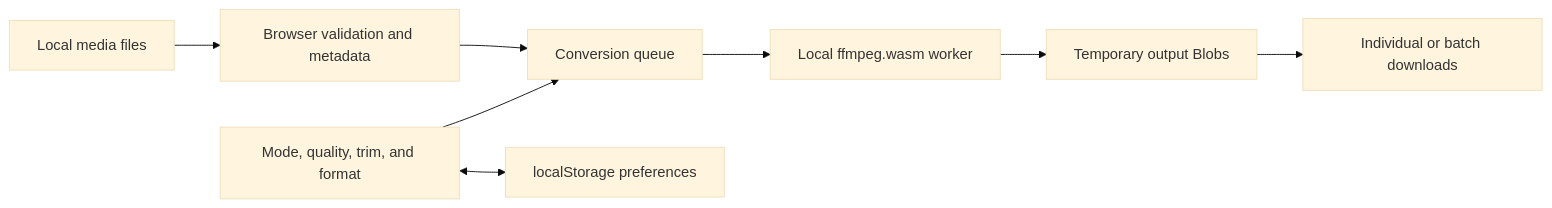
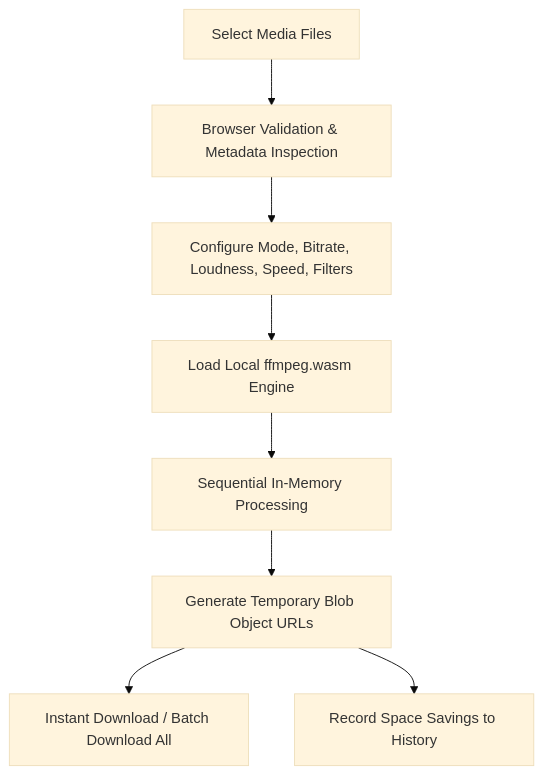
One commit to Sorairei/beetales-converter changed the second of 2 diagrams in README.md. Above: the diagram before and after it, drawn with Mermaid (base theme). The commit also changed other lines of this file, not shown here.

First line of the commit message:
docs: enhance README with full feature guide, architecture diagrams, and i18n

````diff
--- a/README.md
+++ b/README.md
@@ -109,10 +168,10 @@
 ```mermaid
-flowchart LR
-    FILES[Local media files] --> VALIDATE[Browser validation and metadata]
-    VALIDATE --> QUEUE[Conversion queue]
-    SETTINGS[Mode, quality, trim, and format] --> QUEUE
-    QUEUE --> FFMPEG[Local ffmpeg.wasm worker]
-    FFMPEG --> BLOBS[Temporary output Blobs]
-    BLOBS --> DOWNLOADS[Individual or batch downloads]
-    SETTINGS <--> STORAGE[localStorage preferences]
+flowchart TD
+    A[Select Media Files] --> B[Browser Validation & Metadata Inspection]
+    B --> C[Configure Mode, Bitrate, Loudness, Speed, Filters]
+    C --> D[Load Local ffmpeg.wasm Engine]
+    D --> E[Sequential In-Memory Processing]
+    E --> F[Generate Temporary Blob Object URLs]
+    F --> G[Instant Download / Batch Download All]
+    F --> H[Record Space Savings to History]
 ```
````
